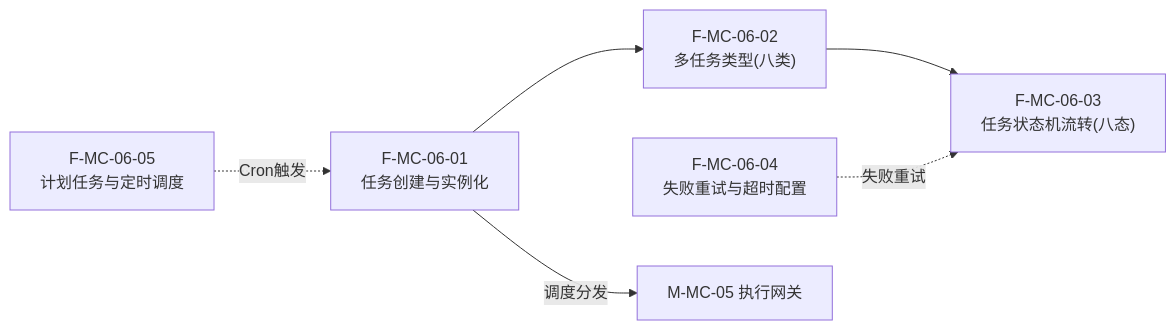
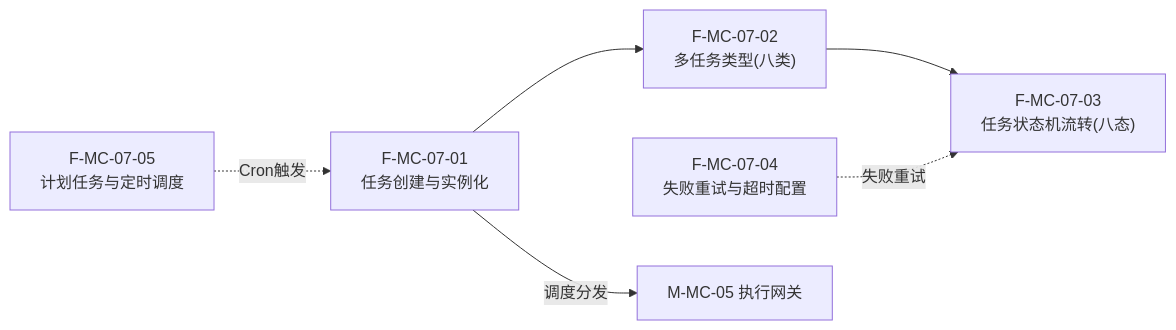
One commit to Sj-g/obsidian changed diagram 14 of 49 in 公司项目/认知作战/文档/软件概要设计-架构图.md. Above: the diagram before and after it, drawn with Mermaid. The commit also changed other lines of this file, not shown here.

````diff
--- a/公司项目/认知作战/文档/软件概要设计-架构图.md
+++ b/公司项目/认知作战/文档/软件概要设计-架构图.md
@@ -283,13 +301,13 @@
 ```mermaid
 flowchart LR
-    F0601["F-MC-06-01<br/>任务创建与实例化"]
-    F0602["F-MC-06-02<br/>多任务类型(八类)"]
-    F0603["F-MC-06-03<br/>任务状态机流转(八态)"]
-    F0604["F-MC-06-04<br/>失败重试与超时配置"]
-    F0605["F-MC-06-05<br/>计划任务与定时调度"]
+    F0701["F-MC-07-01<br/>任务创建与实例化"]
+    F0702["F-MC-07-02<br/>多任务类型(八类)"]
+    F0703["F-MC-07-03<br/>任务状态机流转(八态)"]
+    F0704["F-MC-07-04<br/>失败重试与超时配置"]
+    F0705["F-MC-07-05<br/>计划任务与定时调度"]
 
-    F0601 --> F0602 --> F0603
-    F0604 -.->|"失败重试"| F0603
-    F0605 -.->|"Cron触发"| F0601
-    F0601 -->|"调度分发"| EXT["M-MC-05 执行网关"]
+    F0701 --> F0702 --> F0703
+    F0704 -.->|"失败重试"| F0703
+    F0705 -.->|"Cron触发"| F0701
+    F0701 -->|"调度分发"| EXT["M-MC-05 执行网关"]
 ```
````
